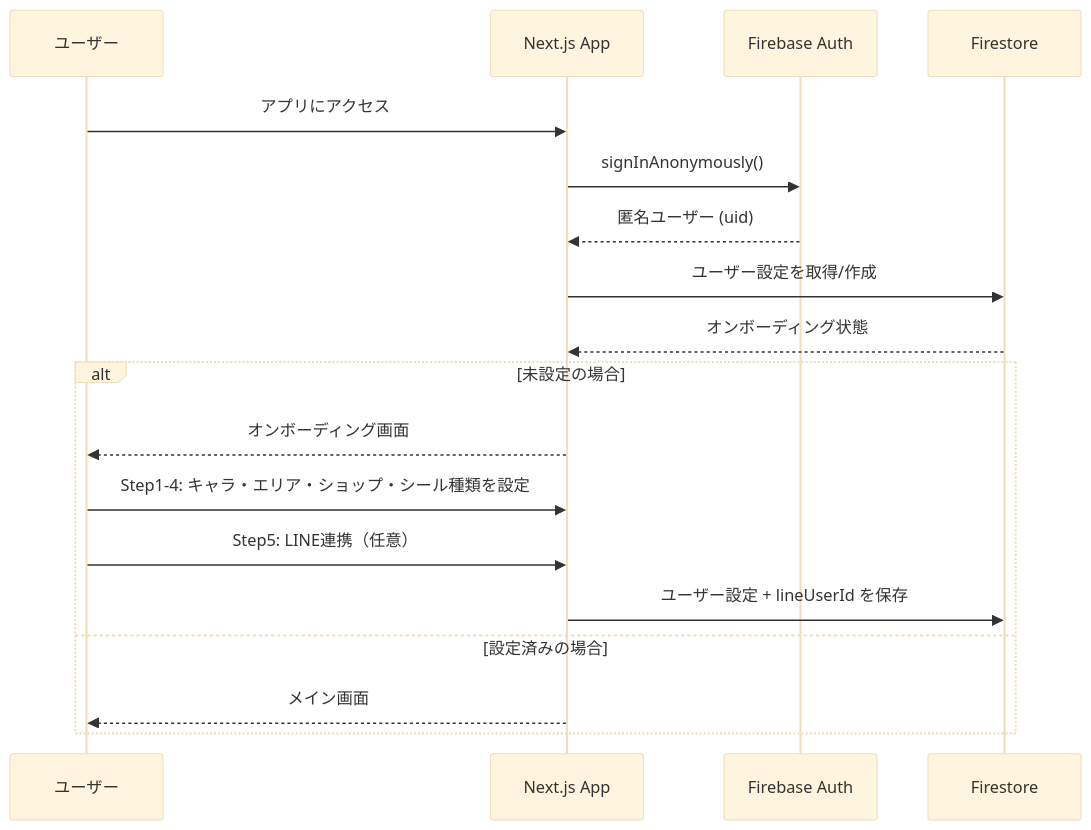
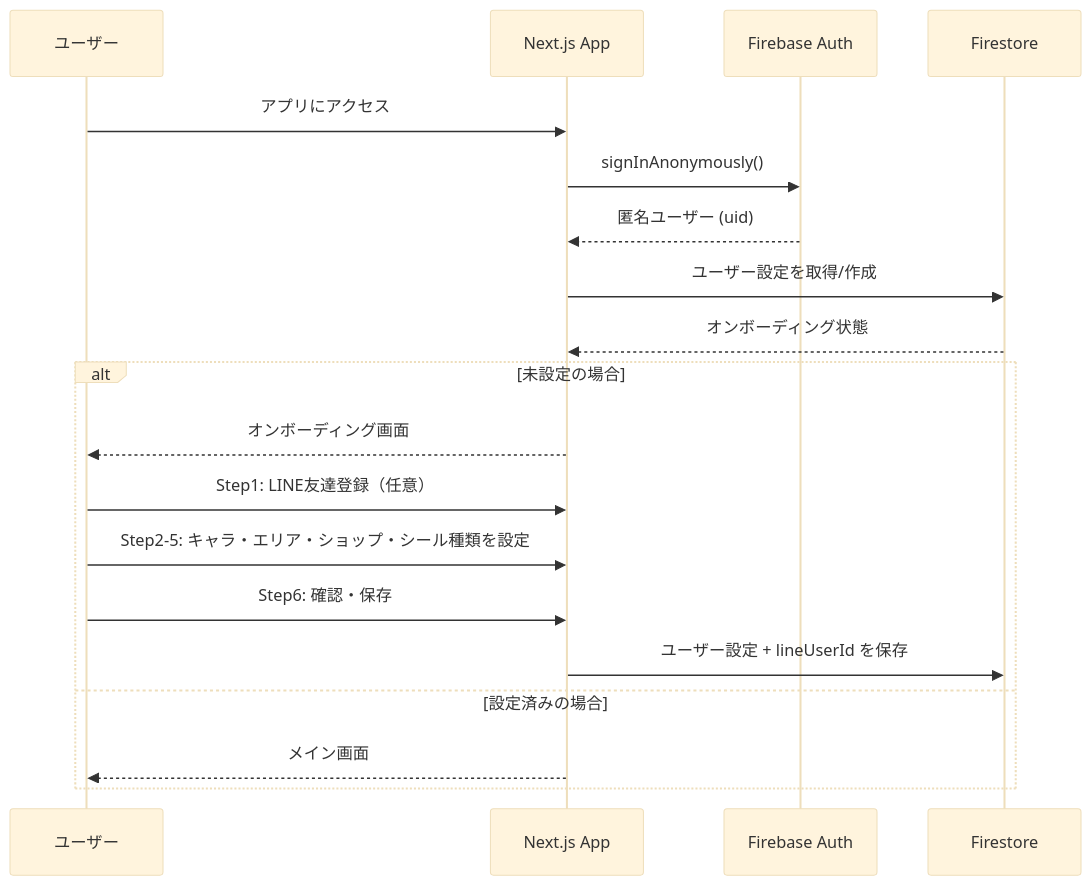
Before and after one commit to nekoai-lab/tsugi-no-tokimeki: the third of 5 diagrams in README.md, drawn with Mermaid (base theme). The commit also changed other lines of this file, not shown here.

Commit message:
docs: update README onboarding steps (5→6, LINE friend add to Step 1)

````diff
--- a/README.md
+++ b/README.md
@@ -129,22 +129,23 @@
 ```mermaid
 sequenceDiagram
     participant User as ユーザー
     participant App as Next.js App
     participant Auth as Firebase Auth
     participant FS as Firestore
 
     User->>App: アプリにアクセス
     App->>Auth: signInAnonymously()
     Auth-->>App: 匿名ユーザー (uid)
     App->>FS: ユーザー設定を取得/作成
     FS-->>App: オンボーディング状態
     
     alt 未設定の場合
         App-->>User: オンボーディング画面
-        User->>App: Step1-4: キャラ・エリア・ショップ・シール種類を設定
-        User->>App: Step5: LINE連携（任意）
+        User->>App: Step1: LINE友達登録（任意）
+        User->>App: Step2-5: キャラ・エリア・ショップ・シール種類を設定
+        User->>App: Step6: 確認・保存
         App->>FS: ユーザー設定 + lineUserId を保存
     else 設定済みの場合
         App-->>User: メイン画面
     end
 ```
````
